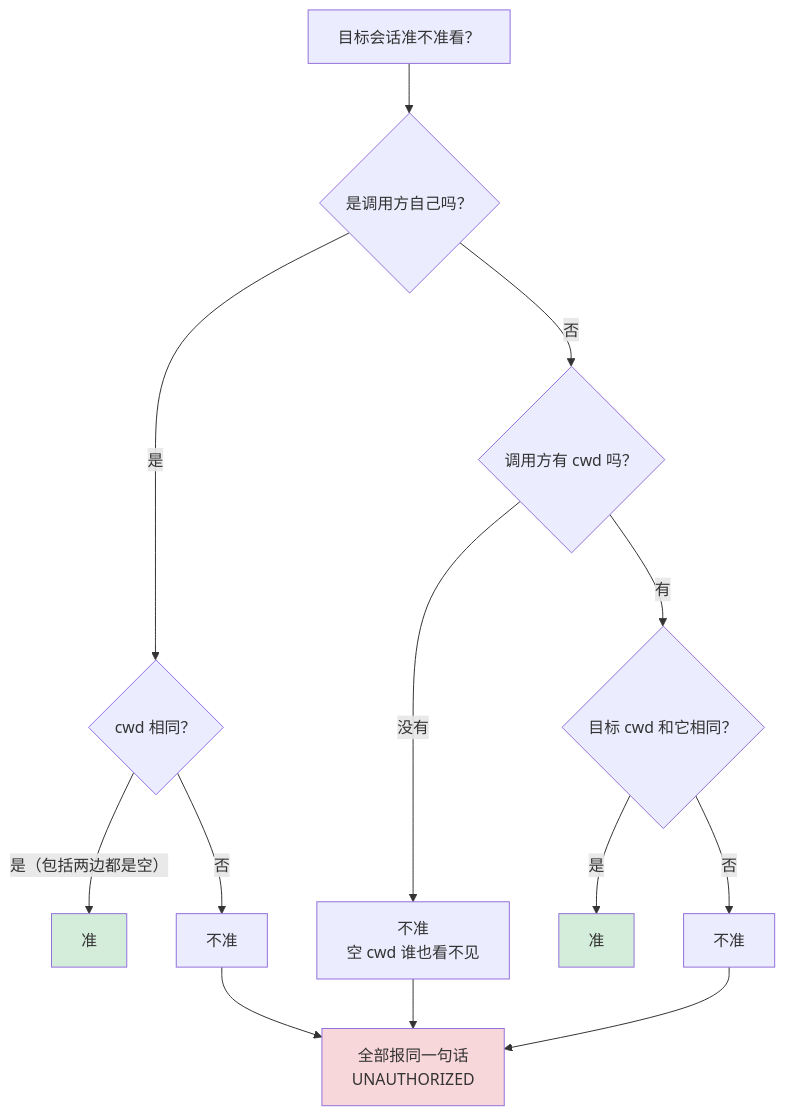
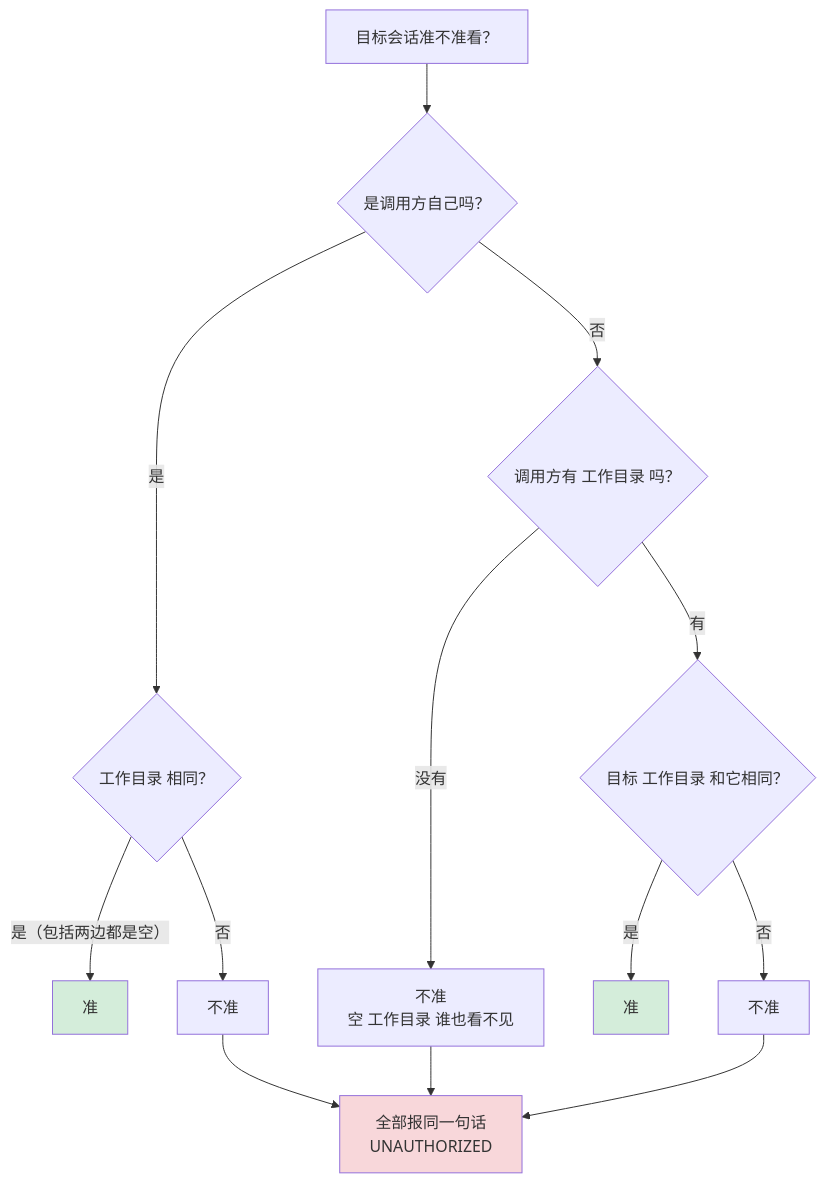
One commit to snight1983/ds-harness-go changed the ninth of 16 diagrams in docs/modules/sessionquery.md. Above: the diagram before and after it, drawn with Mermaid. The commit also changed other lines of this file and 195 other files, not shown here.

````diff
--- a/docs/modules/sessionquery.md
+++ b/docs/modules/sessionquery.md
@@ -476,20 +476,20 @@
 ```mermaid
 flowchart TD
     Q["目标会话准不准看？"] --> SELF{"是调用方自己吗？"}
-    SELF -->|"是"| SAME{"cwd 相同？"}
+    SELF -->|"是"| SAME{"工作目录 相同？"}
     SAME -->|"是（包括两边都是空）"| OK1["准"]
     SAME -->|"否"| NO1["不准"]
-    SELF -->|"否"| HASCWD{"调用方有 cwd 吗？"}
-    HASCWD -->|"没有"| NO2["不准<br/>空 cwd 谁也看不见"]
-    HASCWD -->|"有"| EQ{"目标 cwd 和它相同？"}
+    SELF -->|"否"| HASCWD{"调用方有 工作目录 吗？"}
+    HASCWD -->|"没有"| NO2["不准<br/>空 工作目录 谁也看不见"]
+    HASCWD -->|"有"| EQ{"目标 工作目录 和它相同？"}
     EQ -->|"是"| OK2["准"]
     EQ -->|"否"| NO3["不准"]
 
     NO1 --> MSG["全部报同一句话<br/>UNAUTHORIZED"]
     NO2 --> MSG
     NO3 --> MSG
 
     style OK1 fill:#d4edda
     style OK2 fill:#d4edda
     style MSG fill:#f8d7da
 ```
````
